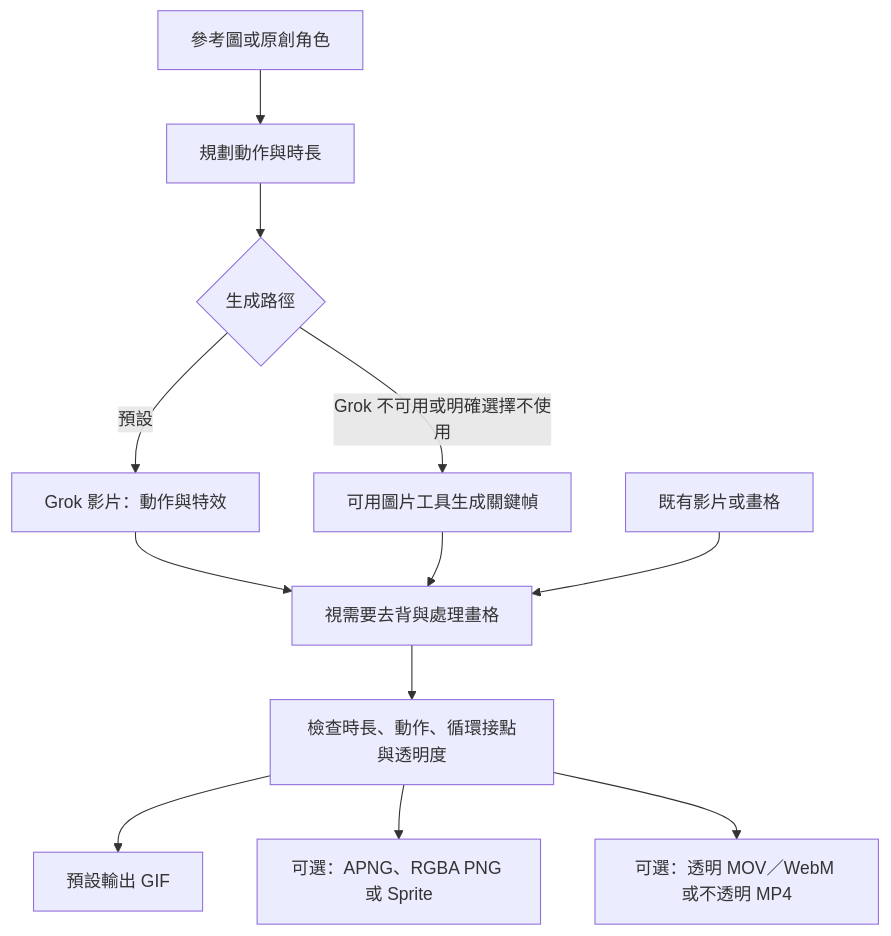
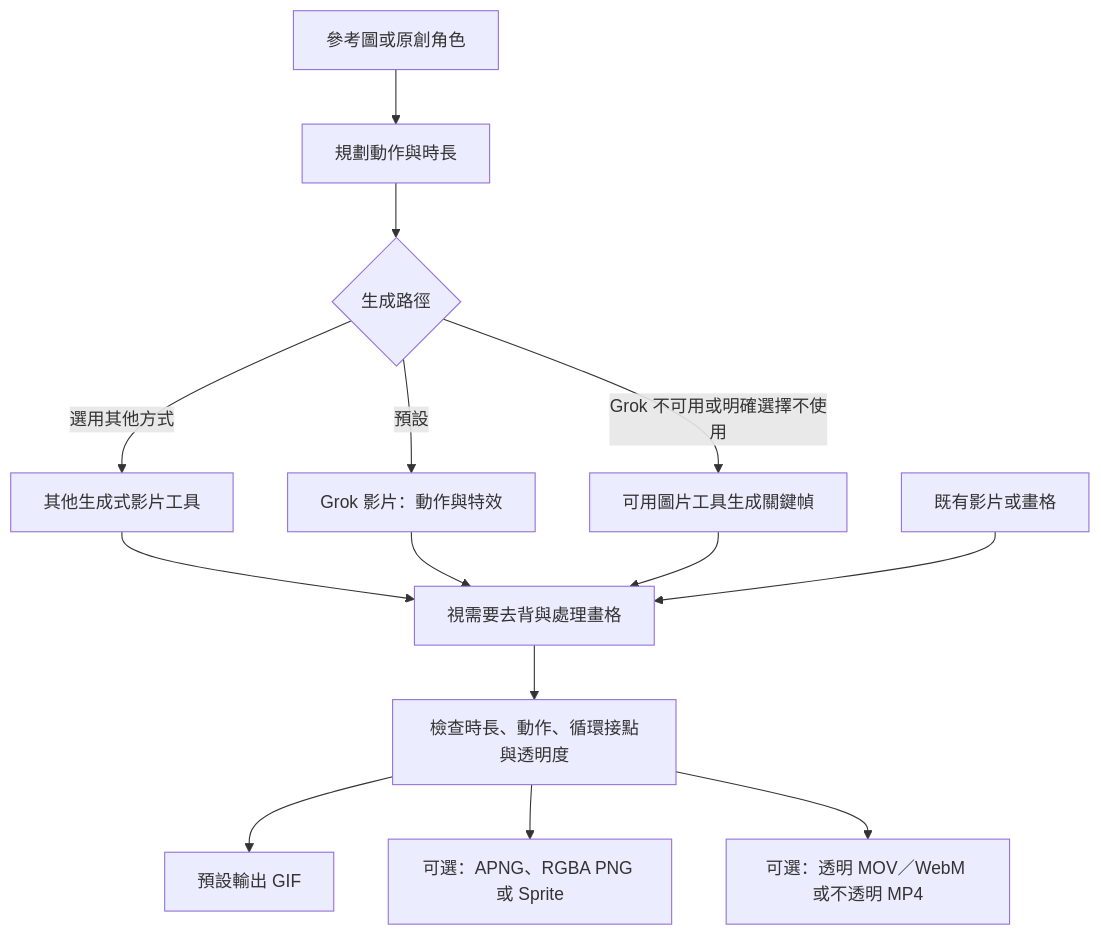
The diagram in README.zh-TW.md (miles990/video-gif-studio), drawn with Mermaid before and after one commit. The commit also changed other lines of this file and 1 other file, not shown here.

Commit message:
Document alternative generative video routes in READMEs

````diff
--- a/README.zh-TW.md
+++ b/README.zh-TW.md
@@ -33,14 +33,16 @@
 ```mermaid
 flowchart TD
     A["參考圖或原創角色"] --> B["規劃動作與時長"]
     B --> C{"生成路徑"}
     C -->|"預設"| D["Grok 影片：動作與特效"]
     C -->|"Grok 不可用或明確選擇不使用"| E["可用圖片工具生成關鍵幀"]
+    C -->|"選用其他方式"| K["其他生成式影片工具"]
+    K --> F
     D --> F["視需要去背與處理畫格"]
     E --> F
     V["既有影片或畫格"] --> F
     F --> G["檢查時長、動作、循環接點與透明度"]
     G --> H["預設輸出 GIF"]
     G --> I["可選：APNG、RGBA PNG 或 Sprite"]
     G --> J["可選：透明 MOV／WebM 或不透明 MP4"]
 ```
````
